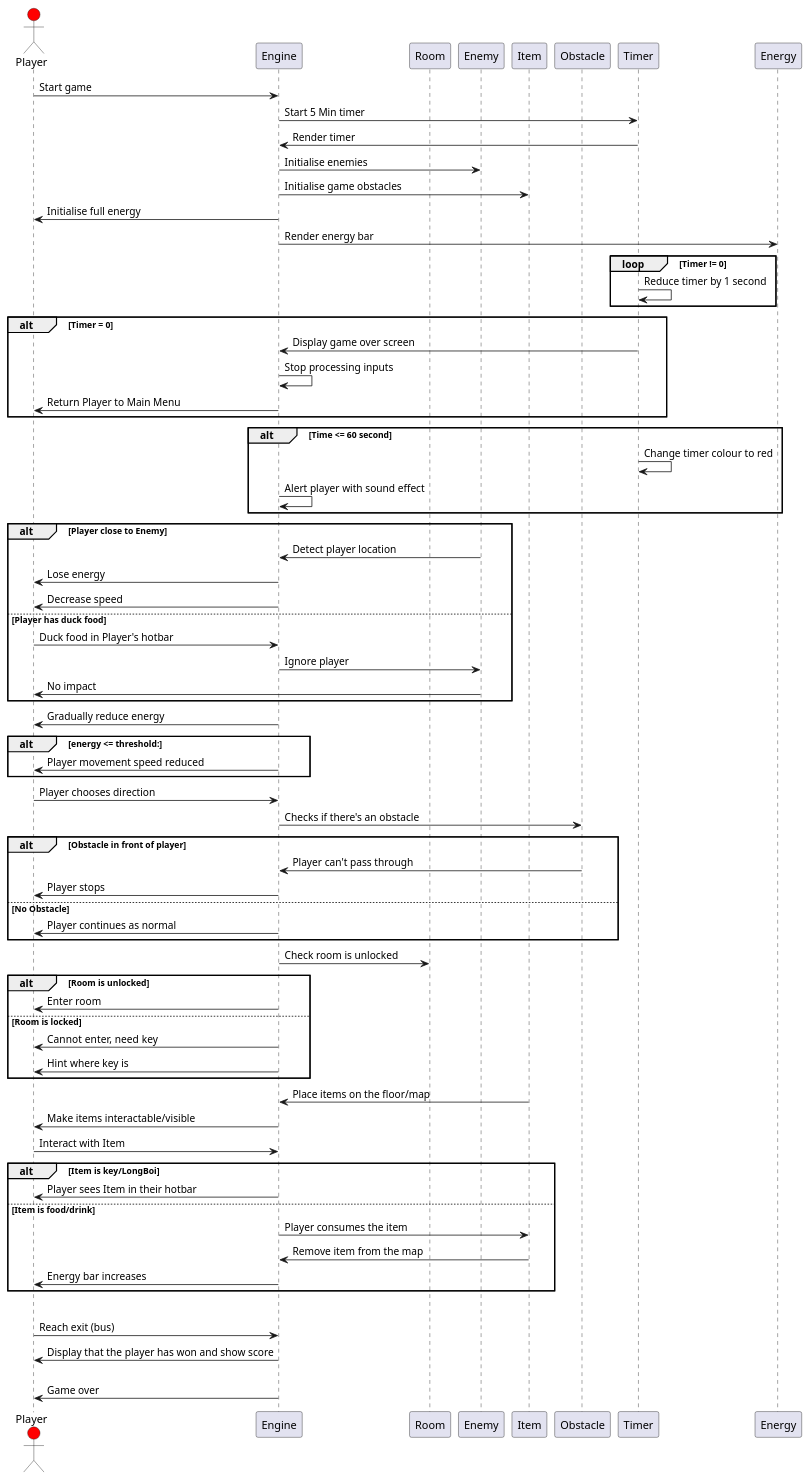
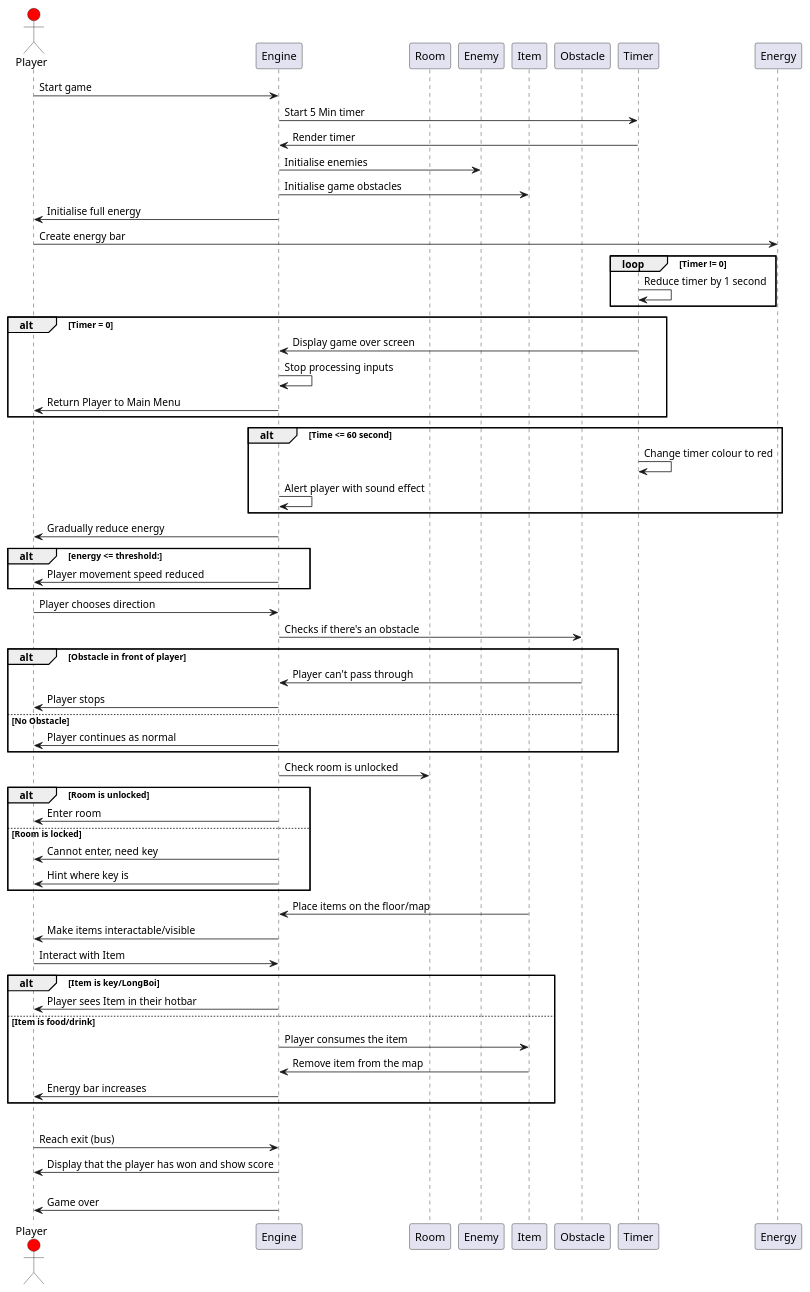
One commit to WHALES-ENG1/WHALES-Assets changed the diagram in Architecture/structuralMain.puml. Above: the diagram before and after it, drawn with PlantUML. The commit also changed 1 other file, not shown here.

Commit message:
Moved enemy behaviour to new file

```diff
--- a/Architecture/structuralMain.puml
+++ b/Architecture/structuralMain.puml
@@ -1,131 +1,117 @@
 @startuml structuralDiagram
 
 'separate diagram for main menu? i.e. settings leaderboard'
 
 'participants: player, room, engine, goose'
 'sequence diagram - mainly decisions'
 
 actor Player #Red
 participant Engine
 participant Room
 participant Enemy
 participant Item
 participant Obstacle
 participant Timer
+participant Energy
 
 
 'start of the game'
 
 Player -> Engine: Start game
 Engine -> Timer: Start 5 Min timer
 Timer -> Engine: Render timer
 
 
 'creation of the maze
 
 Engine -> Enemy: Initialise enemies
 Engine -> Item: Initialise game obstacles
 Engine -> Player: Initialise full energy
-Engine -> Energy: Render energy bar
+Player -> Energy: Create energy bar
 
 'timer:'
 
 loop Timer != 0
     Timer -> Timer: Reduce timer by 1 second
 end
 
 alt Timer = 0
     Timer -> Engine: Display game over screen
     Engine -> Engine: Stop processing inputs
     Engine -> Player: Return Player to Main Menu
 end
 
 alt Time <= 60 second
     Timer -> Timer: Change timer colour to red
     Engine -> Engine: Alert player with sound effect
-end
-
-
-'goose (enemy):'
-
-alt Player close to Enemy
-    Enemy -> Engine: Detect player location
-    Engine -> Player: Lose energy
-    Engine -> Player: Decrease speed
-
-else Player has duck food
-    Player -> Engine: Duck food in Player's hotbar
-    Engine -> Enemy: Ignore player
-    Enemy -> Player: No impact
-
 end
 
 
 'energy system'
 
 Engine -> Player: Gradually reduce energy
 
 alt energy <= threshold:
     Engine -> Player: Player movement speed reduced
 
 end
 
 
 'player movement:'
 
 Player -> Engine: Player chooses direction
 Engine -> Obstacle: Checks if there's an obstacle
 
 alt Obstacle in front of player
     Obstacle -> Engine: Player can't pass through
     Engine -> Player: Player stops
 
 else No Obstacle
     Engine -> Player: Player continues as normal
 
 end
 
 
 'rooms/doors
 
 Engine -> Room: Check room is unlocked
 
 alt Room is unlocked
     Engine -> Player: Enter room
 
 else Room is locked
     Engine -> Player: Cannot enter, need key
     Engine -> Player: Hint where key is
 
 end
 
 
 'items:'
 
 Item -> Engine: Place items on the floor/map
 Engine -> Player: Make items interactable/visible
 
 Player -> Engine: Interact with Item
 
 alt Item is key/LongBoi
     Engine -> Player: Player sees Item in their hotbar
 
 else Item is food/drink
     Engine -> Item: Player consumes the item
     Item -> Engine: Remove item from the map
     Engine -> Player: Energy bar increases
 
 end
 
 
 'player wins the game (longboi is returned and make the bus):'
 
 alt Player has LongBoi and Time != 0
     Player -> Engine: Reach exit (bus)
     Engine -> Player: Display that the player has won and show score
 
 else Player doesn't have LongBoi or time = 0
     Engine -> Player: Game over
 
 
 @enduml
```
